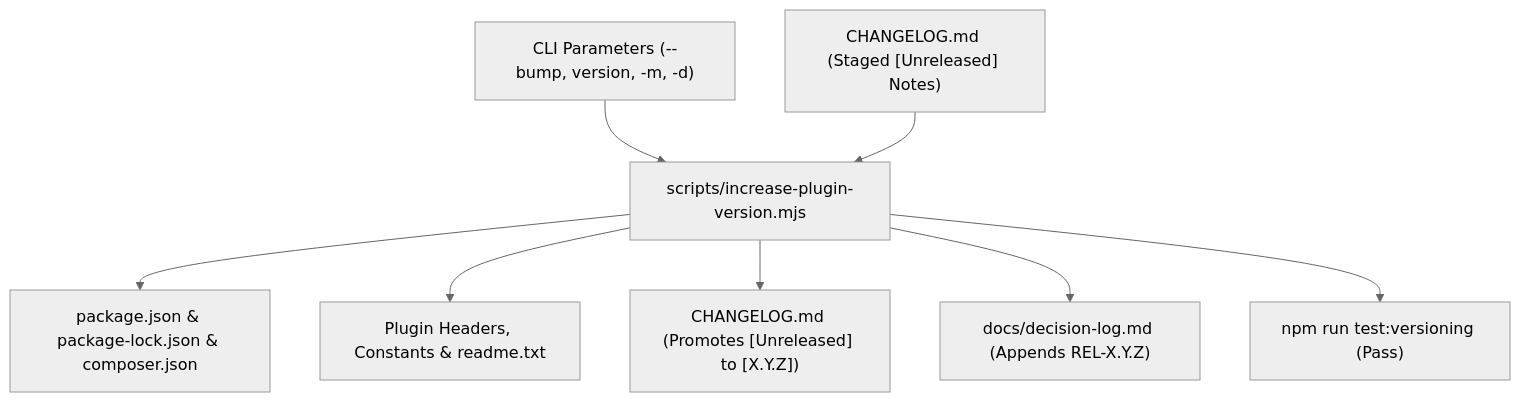
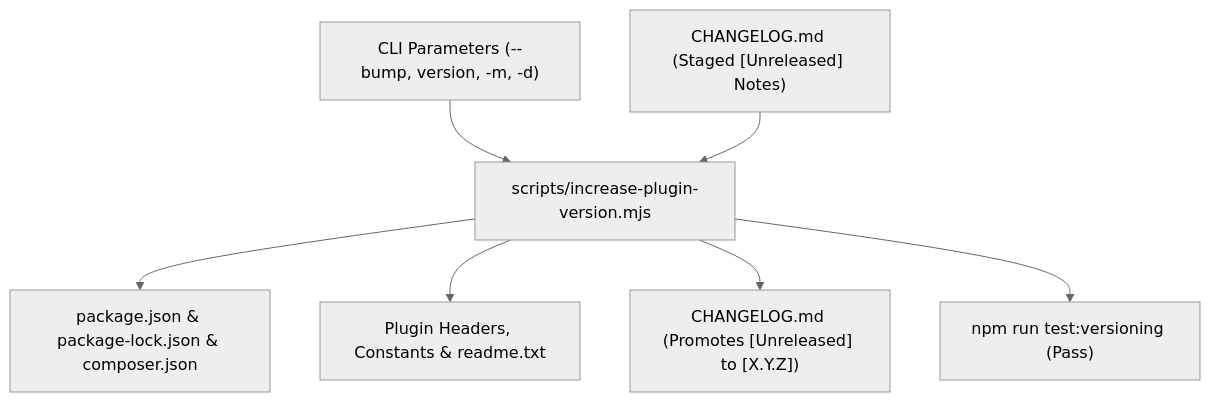
One commit to blackandcode/ai-ready-wp-plugin-boilerplate changed the diagram in docs/07-versioning-and-release-lifecycle.md. Above: the diagram before and after it, drawn with Mermaid (neutral theme). The commit also changed other lines of this file and 37 other files, not shown here.

````diff
--- a/docs/07-versioning-and-release-lifecycle.md
+++ b/docs/07-versioning-and-release-lifecycle.md
@@ -15,10 +15,9 @@
 ```mermaid
 flowchart TD
     CLI["CLI Parameters (--bump, version, -m, -d)"] --> Script["scripts/increase-plugin-version.mjs"]
     UnreleasedNotes["CHANGELOG.md (Staged [Unreleased] Notes)"] --> Script
     Script --> Manifests["package.json & package-lock.json & composer.json"]
     Script --> PHPFiles["Plugin Headers, Constants & readme.txt"]
     Script --> Changelog["CHANGELOG.md (Promotes [Unreleased] to [X.Y.Z])"]
-    Script --> DecisionLog["docs/decision-log.md (Appends REL-X.Y.Z)"]
     Script --> TestSuite["npm run test:versioning (Pass)"]
 ```
````
